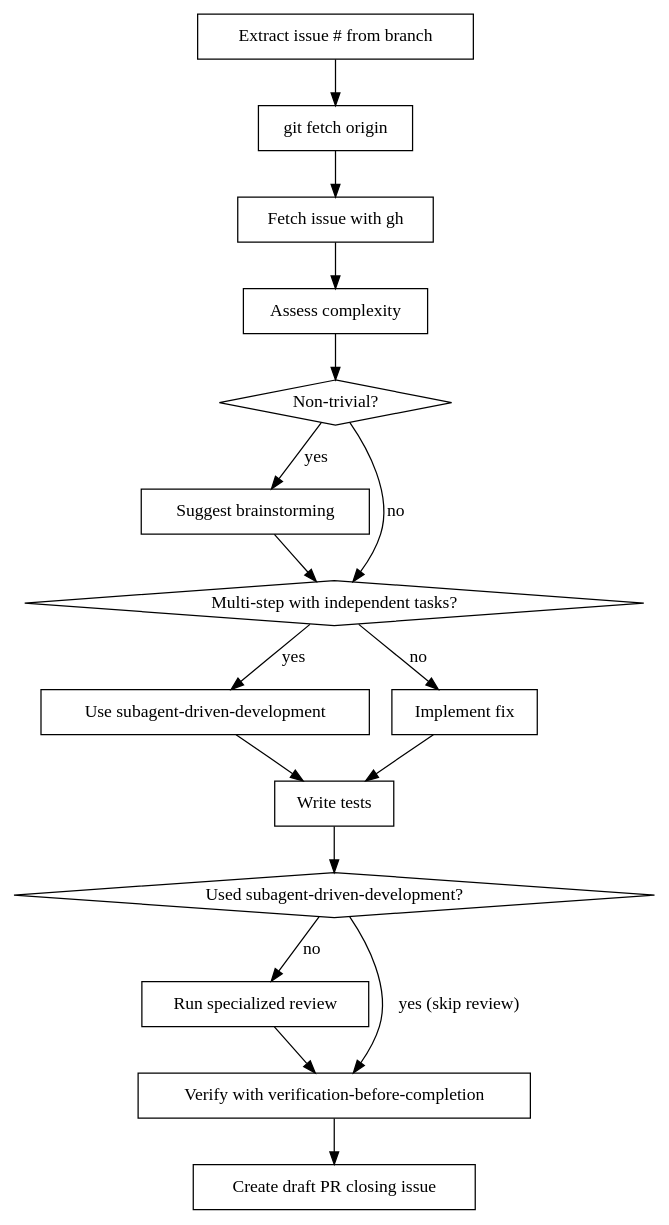
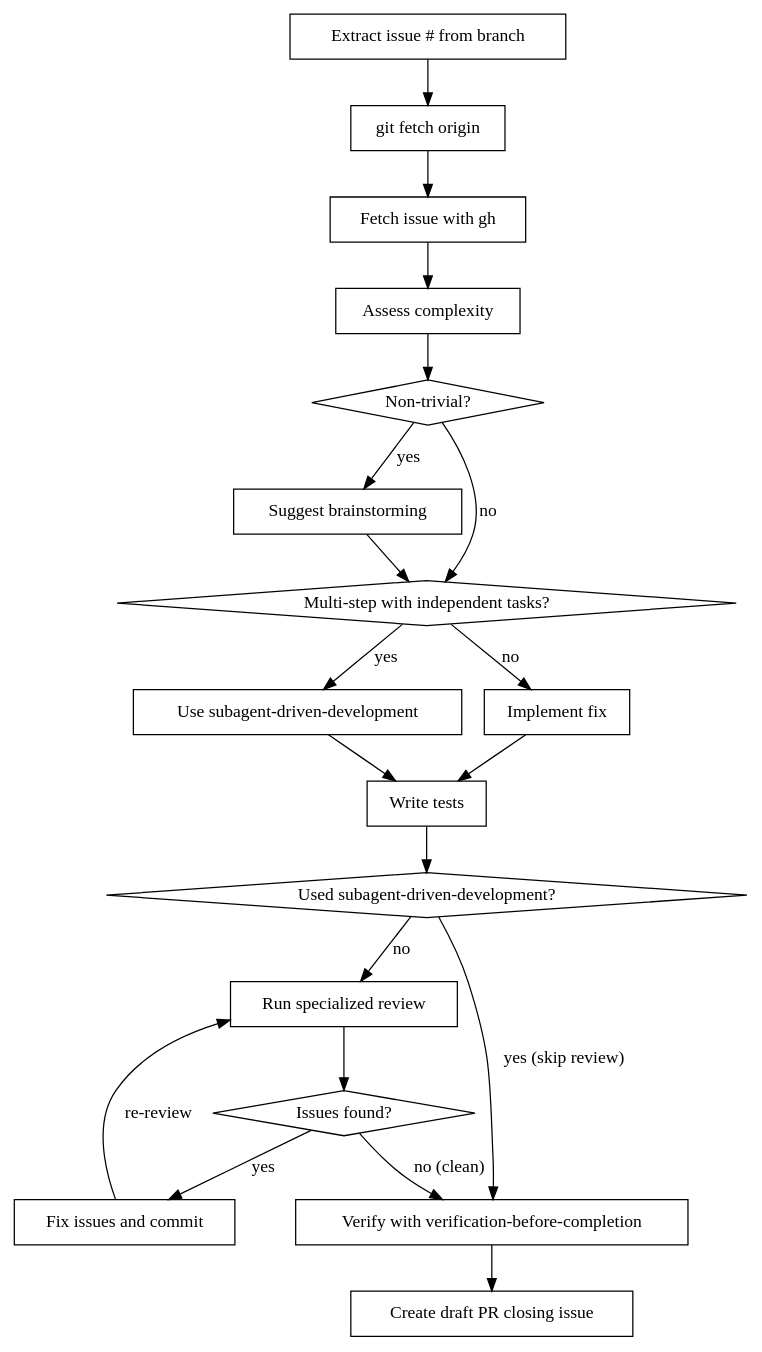
One commit to oalders/kitchen-sink changed the diagram in commands/fix-gh-issue.md. Above: the diagram before and after it, drawn with Graphviz. The commit also changed other lines of this file and 3 other files, not shown here.

First line of the commit message:
Add fix-and-re-review loop to fix-gh-issue and code-review-flow

````diff
--- a/commands/fix-gh-issue.md
+++ b/commands/fix-gh-issue.md
@@ -27,35 +27,40 @@
 ```dot
 digraph fix_issue {
     "Extract issue # from branch" [shape=box];
     "git fetch origin" [shape=box];
     "Fetch issue with gh" [shape=box];
     "Assess complexity" [shape=box];
     "Non-trivial?" [shape=diamond];
     "Suggest brainstorming" [shape=box];
     "Multi-step with independent tasks?" [shape=diamond];
     "Use subagent-driven-development" [shape=box];
     "Implement fix" [shape=box];
     "Write tests" [shape=box];
     "Used subagent-driven-development?" [shape=diamond];
     "Run specialized review" [shape=box];
+    "Issues found?" [shape=diamond];
+    "Fix issues and commit" [shape=box];
     "Verify with verification-before-completion" [shape=box];
     "Create draft PR closing issue" [shape=box];
 
     "Extract issue # from branch" -> "git fetch origin";
     "git fetch origin" -> "Fetch issue with gh";
     "Fetch issue with gh" -> "Assess complexity";
     "Assess complexity" -> "Non-trivial?";
     "Non-trivial?" -> "Suggest brainstorming" [label="yes"];
     "Non-trivial?" -> "Multi-step with independent tasks?" [label="no"];
     "Suggest brainstorming" -> "Multi-step with independent tasks?";
     "Multi-step with independent tasks?" -> "Use subagent-driven-development" [label="yes"];
     "Multi-step with independent tasks?" -> "Implement fix" [label="no"];
     "Use subagent-driven-development" -> "Write tests";
     "Implement fix" -> "Write tests";
     "Write tests" -> "Used subagent-driven-development?";
     "Used subagent-driven-development?" -> "Verify with verification-before-completion" [label="yes (skip review)"];
     "Used subagent-driven-development?" -> "Run specialized review" [label="no"];
-    "Run specialized review" -> "Verify with verification-before-completion";
+    "Run specialized review" -> "Issues found?" [shape=diamond];
+    "Issues found?" -> "Fix issues and commit" [label="yes"];
+    "Fix issues and commit" -> "Run specialized review" [label="re-review"];
+    "Issues found?" -> "Verify with verification-before-completion" [label="no (clean)"];
     "Verify with verification-before-completion" -> "Create draft PR closing issue";
 }
 ```
````
